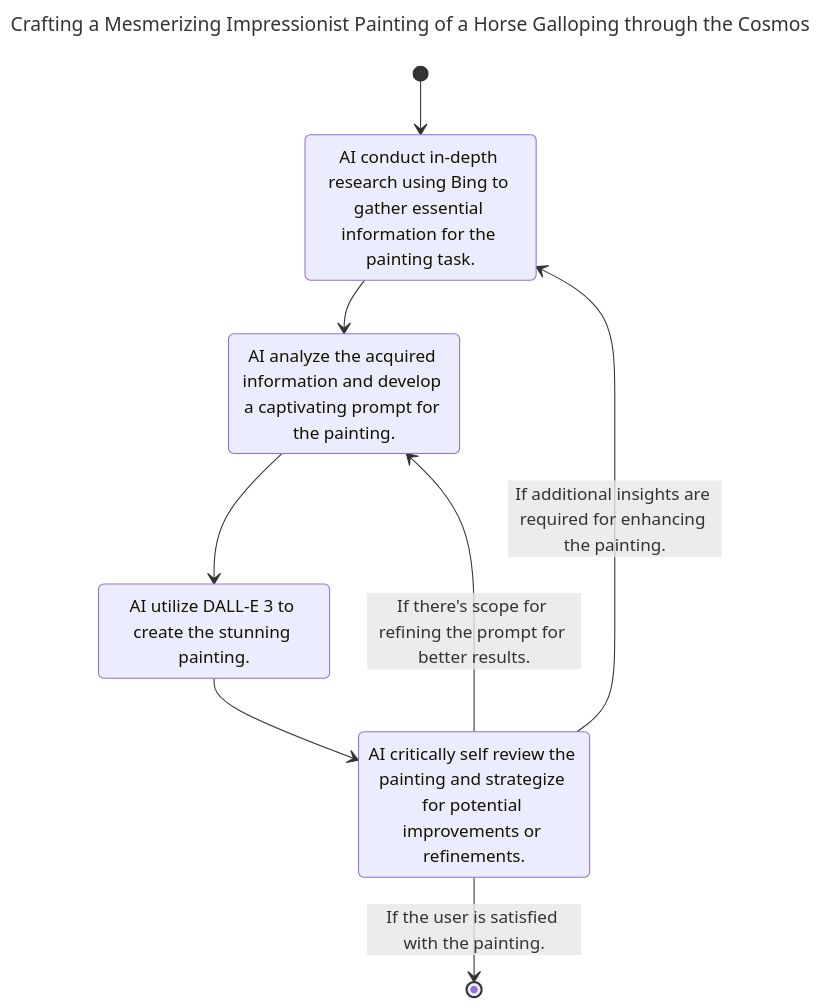
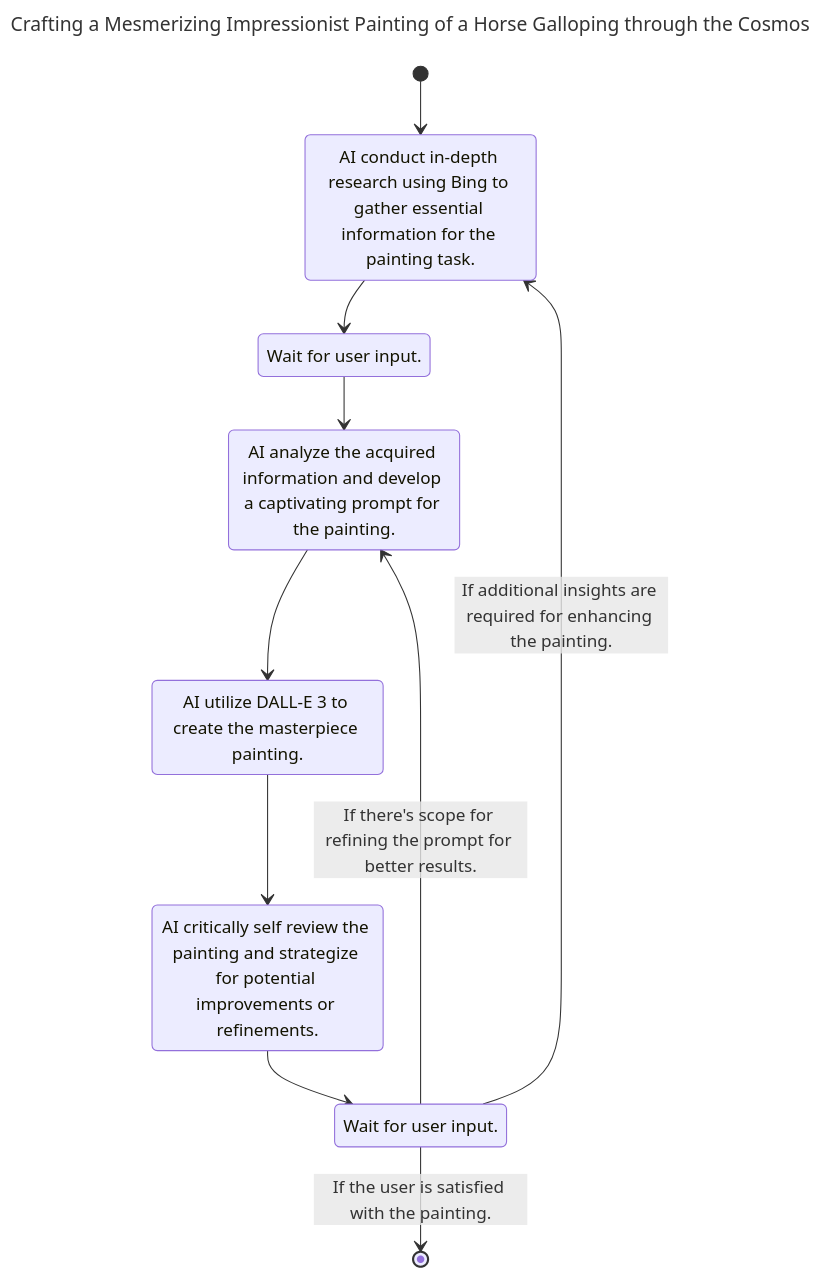
The fourth of 5 diagrams in README.md (fladdict/llmermaid), drawn with Mermaid before and after one commit. The commit also changed other lines of this file, not shown here.

````diff
--- a/README.md
+++ b/README.md
@@ -119,18 +119,22 @@
 ```mermaid
 ---
 title: Crafting a Mesmerizing Impressionist Painting of a Horse Galloping through the Cosmos
 ---
 stateDiagram-v2
 [*] --> A
 A --> B
 B --> C
 C --> D
-D --> A: If additional insights are required for enhancing the painting.
-D --> B: If there's scope for refining the prompt for better results.
-D --> [*]: If the user is satisfied with the painting.
+D --> E
+E --> F
+F --> A: If additional insights are required for enhancing the painting.
+F --> C: If there's scope for refining the prompt for better results.
+F --> [*]: If the user is satisfied with the painting.
 
 A: AI conduct in-depth research using Bing to gather essential information for the painting task.
-B: AI analyze the acquired information and develop a captivating prompt for the painting.
-C: AI utilize DALL-E 3 to create the stunning painting.
-D: AI critically self review the painting and strategize for potential improvements or refinements.
+B: Wait for user input.
+C: AI analyze the acquired information and develop a captivating prompt for the painting.
+D: AI utilize DALL-E 3 to create the masterpiece painting.
+E: AI critically self review the painting and strategize for potential improvements or refinements.
+F: Wait for user input.
 ```
````
